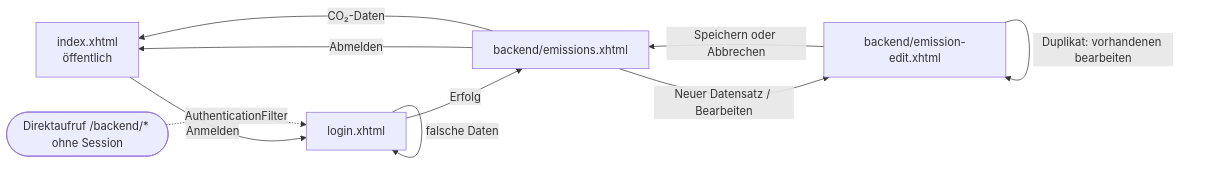
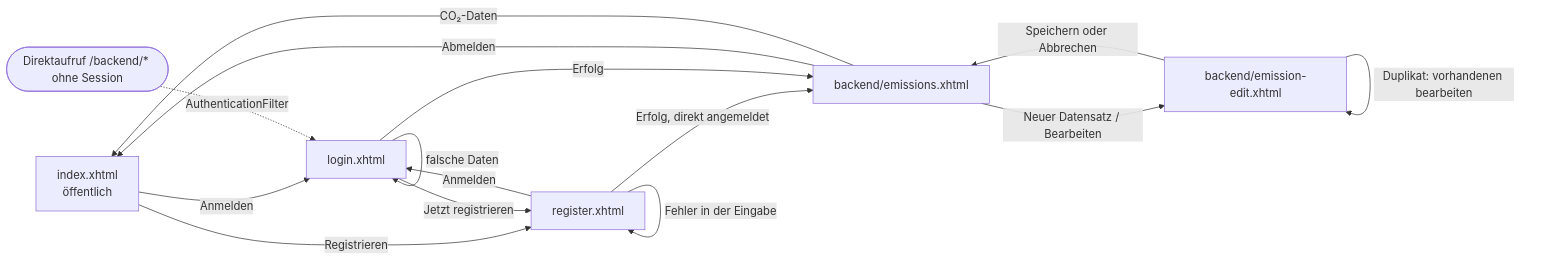
Before and after one commit to andreasBraeumer/LikeHeroToZero: diagram 11 of 11 in LikeHeroToZero/docs/projektdokumentation.md, drawn with Mermaid. The commit also changed other lines of this file and 13 other files, not shown here.

````diff
--- a/LikeHeroToZero/docs/projektdokumentation.md
+++ b/LikeHeroToZero/docs/projektdokumentation.md
@@ -509,12 +555,17 @@
 ```mermaid
 flowchart LR
     index["index.xhtml<br/>öffentlich"] -->|Anmelden| login["login.xhtml"]
     login -->|falsche Daten| login
+    index -->|Registrieren| register["register.xhtml"]
+    login -->|Jetzt registrieren| register
+    register -->|Anmelden| login
+    register -->|Fehler in der Eingabe| register
+    register -->|Erfolg, direkt angemeldet| list
     login -->|Erfolg| list["backend/emissions.xhtml"]
     list -->|Neuer Datensatz / Bearbeiten| edit["backend/emission-edit.xhtml"]
     edit -->|Speichern oder Abbrechen| list
     edit -->|Duplikat: vorhandenen bearbeiten| edit
     list -->|Abmelden| index
     list -->|CO₂-Daten| index
     direct(["Direktaufruf /backend/* ohne Session"]) -.->|AuthenticationFilter| login
 ```
````
